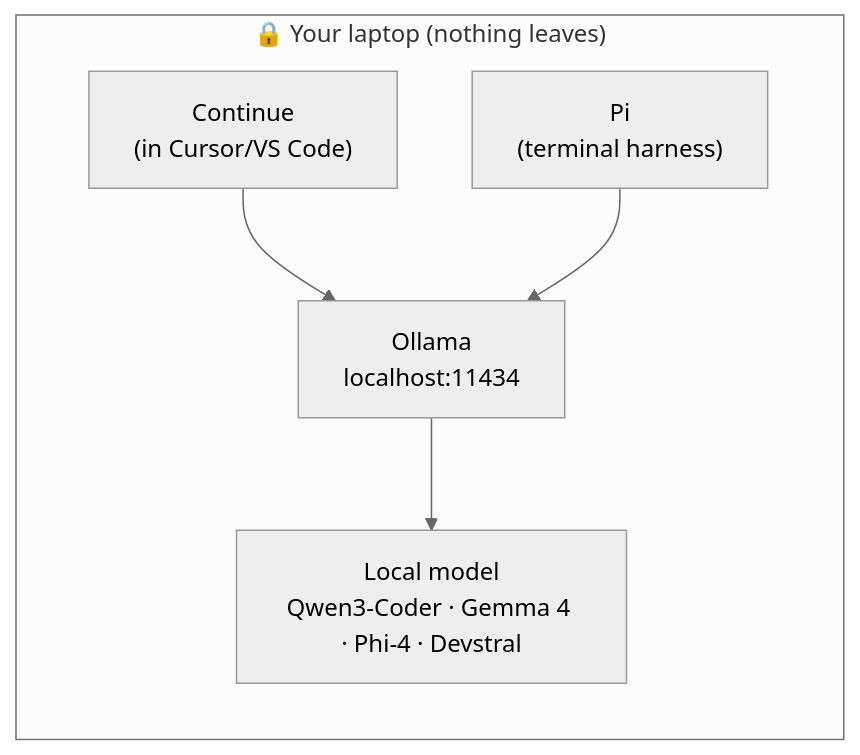
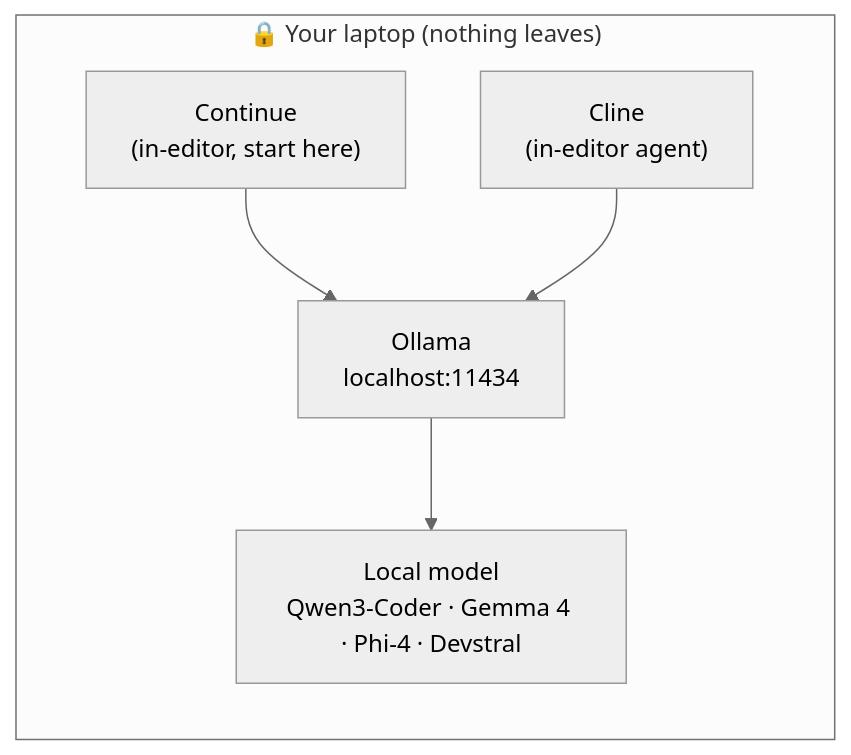
One commit to timothyfraser/systems-ai-workshop changed the diagram in 04_local_ai/README.md. Above: the diagram before and after it, drawn with Mermaid (neutral theme). The commit also changed other lines of this file and 8 other files, not shown here.

````diff
--- a/04_local_ai/README.md
+++ b/04_local_ai/README.md
@@ -52,8 +52,8 @@
 ```mermaid
 flowchart LR
     subgraph laptop["🔒 Your laptop (nothing leaves)"]
-        A["Continue<br/>(in Cursor/VS Code)"] --> O["Ollama<br/>localhost:11434"]
-        B["Pi<br/>(terminal harness)"] --> O
+        A["Continue<br/>(in-editor, start here)"] --> O["Ollama<br/>localhost:11434"]
+        B["Cline<br/>(in-editor agent)"] --> O
         O --> M["Local model<br/>Qwen3-Coder · Gemma 4 · Phi-4 · Devstral"]
     end
 ```
````
